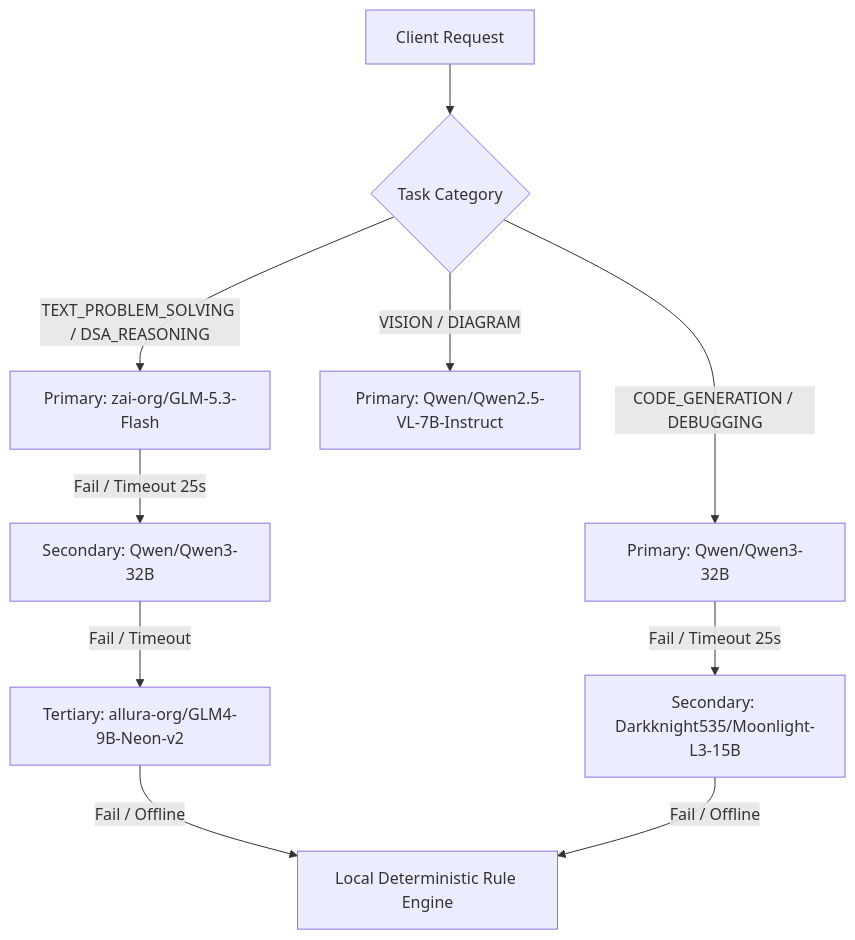
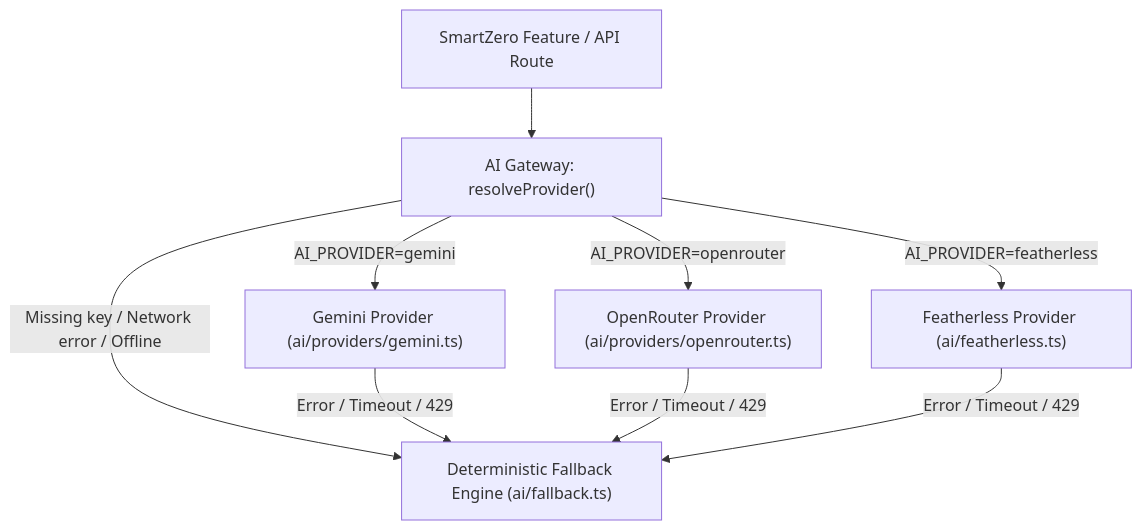
The diagram in docs/AI_AGENT.md (CaptainThunderer/SmartZero), drawn with Mermaid before and after one commit. The commit also changed other lines of this file and 120 other files, not shown here.

Commit message:
feat: complete SmartZero 2.0 contest platform hardening

````diff
--- a/docs/AI_AGENT.md
+++ b/docs/AI_AGENT.md
@@ -103,15 +103,13 @@
 ```mermaid
 flowchart TD
-    REQ[Client Request] --> CAT{Task Category}
+    APP[SmartZero Feature / API Route] --> GW["AI Gateway: resolveProvider()"]
     
-    CAT -->|TEXT_PROBLEM_SOLVING / DSA_REASONING| M_REASON["Primary: zai-org/GLM-5.3-Flash"]
-    CAT -->|CODE_GENERATION / DEBUGGING| M_CODE["Primary: Qwen/Qwen3-32B"]
-    CAT -->|VISION / DIAGRAM| M_VIS["Primary: Qwen/Qwen2.5-VL-7B-Instruct"]
+    GW -->|AI_PROVIDER=gemini| GEM["Gemini Provider (ai/providers/gemini.ts)"]
+    GW -->|AI_PROVIDER=openrouter| OR["OpenRouter Provider (ai/providers/openrouter.ts)"]
+    GW -->|AI_PROVIDER=featherless| FL["Featherless Provider (ai/featherless.ts)"]
+    GW -->|Missing key / Network error / Offline| DET["Deterministic Fallback Engine (ai/fallback.ts)"]
     
-    M_REASON -->|Fail / Timeout 25s| FB1["Secondary: Qwen/Qwen3-32B"]
-    FB1 -->|Fail / Timeout| FB2["Tertiary: allura-org/GLM4-9B-Neon-v2"]
-    FB2 -->|Fail / Offline| LOCAL["Local Deterministic Rule Engine"]
-    
-    M_CODE -->|Fail / Timeout 25s| FB3["Secondary: Darkknight535/Moonlight-L3-15B"]
-    FB3 -->|Fail / Offline| LOCAL
+    GEM -->|Error / Timeout / 429| DET
+    OR -->|Error / Timeout / 429| DET
+    FL -->|Error / Timeout / 429| DET
 ```
````
